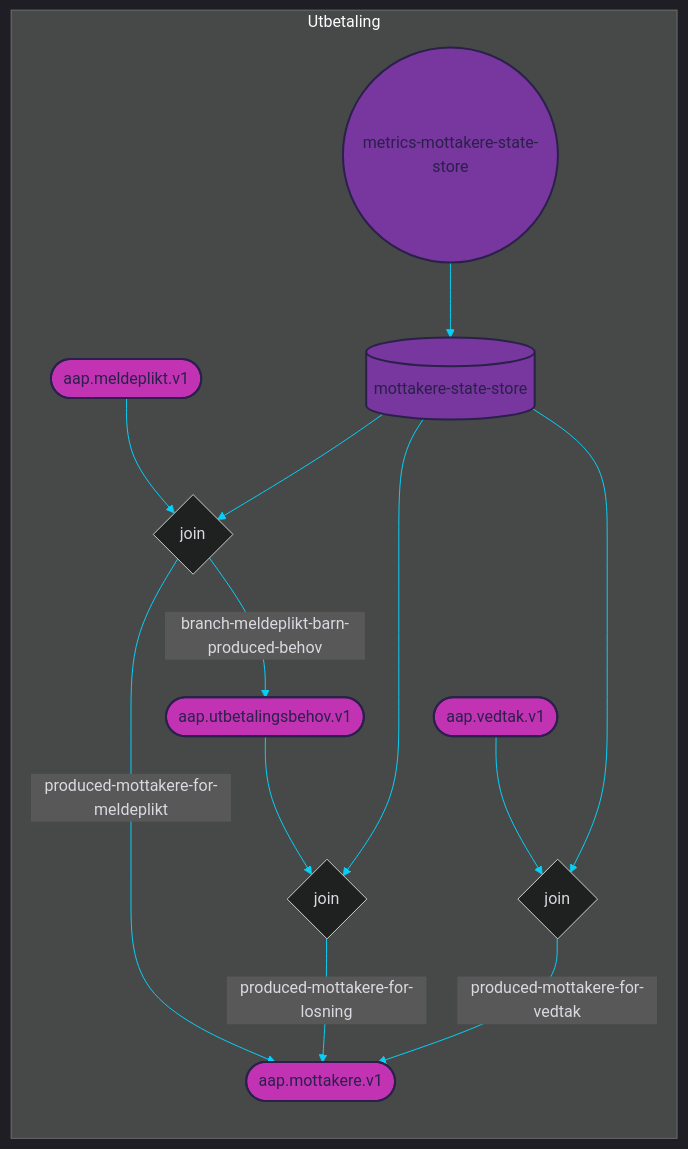
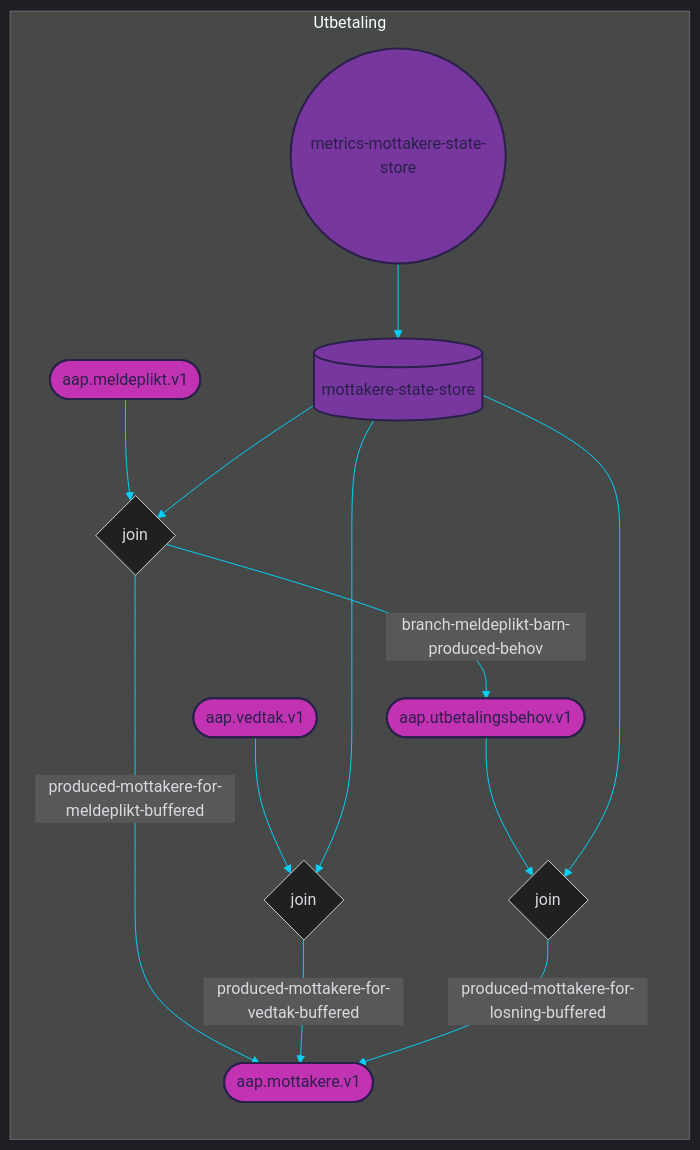
One commit to navikt/aap-utbetaling changed the diagram in doc/topology.mermaid. Above: the diagram before and after it, drawn with Mermaid. The commit also changed 11 other files, not shown here.

```diff
--- a/doc/topology.mermaid
+++ b/doc/topology.mermaid
@@ -1,56 +1,56 @@
 
 %%{init: {'theme': 'dark', 'themeVariables': { 'primaryColor': '#07cff6', 'textColor': '#dad9e0', 'lineColor': '#07cff6'}}}%%
 
 graph LR
 
 subgraph Utbetaling
     %% TOPICS
     aap.meldeplikt.v1([aap.meldeplikt.v1])
 	aap.utbetalingsbehov.v1([aap.utbetalingsbehov.v1])
+	aap.vedtak.v1([aap.vedtak.v1])
 	aap.mottakere.v1([aap.mottakere.v1])
-	aap.vedtak.v1([aap.vedtak.v1])
     
     %% JOINS
     join-0{join}
 	join-1{join}
 	join-2{join}
     
     %% STATE STORES
     mottakere-state-store[(mottakere-state-store)]
     
     %% PROCESSOR API JOBS
     metrics-mottakere-state-store((metrics-mottakere-state-store))
     
     %% JOIN STREAMS
     aap.meldeplikt.v1 --> join-0
 	mottakere-state-store --> join-0
 	join-0 --> |branch-meldeplikt-barn-produced-behov| aap.utbetalingsbehov.v1
-	join-0 --> |produced-mottakere-for-meldeplikt| aap.mottakere.v1
-	aap.utbetalingsbehov.v1 --> join-1
+	join-0 --> |produced-mottakere-for-meldeplikt-buffered| aap.mottakere.v1
+	aap.vedtak.v1 --> join-1
 	mottakere-state-store --> join-1
-	join-1 --> |produced-mottakere-for-losning| aap.mottakere.v1
-	aap.vedtak.v1 --> join-2
+	join-1 --> |produced-mottakere-for-vedtak-buffered| aap.mottakere.v1
+	aap.utbetalingsbehov.v1 --> join-2
 	mottakere-state-store --> join-2
-	join-2 --> |produced-mottakere-for-vedtak| aap.mottakere.v1
+	join-2 --> |produced-mottakere-for-losning-buffered| aap.mottakere.v1
     
     %% JOB STREAMS
     metrics-mottakere-state-store --> mottakere-state-store
     
     %% REPARTITION STREAMS
     
 end
 
 %% COLORS
 %% light    #dad9e0
 %% purple   #78369f
 %% pink     #c233b4
 %% dark     #2a204a
 %% blue     #07cff6
 
 %% STYLES
 style aap.meldeplikt.v1 fill:#c233b4, stroke:#2a204a, stroke-width:2px, color:#2a204a
 style aap.utbetalingsbehov.v1 fill:#c233b4, stroke:#2a204a, stroke-width:2px, color:#2a204a
+style aap.vedtak.v1 fill:#c233b4, stroke:#2a204a, stroke-width:2px, color:#2a204a
 style aap.mottakere.v1 fill:#c233b4, stroke:#2a204a, stroke-width:2px, color:#2a204a
-style aap.vedtak.v1 fill:#c233b4, stroke:#2a204a, stroke-width:2px, color:#2a204a
 style mottakere-state-store fill:#78369f, stroke:#2a204a, stroke-width:2px, color:#2a204a
 style metrics-mottakere-state-store fill:#78369f, stroke:#2a204a, stroke-width:2px, color:#2a204a
```
